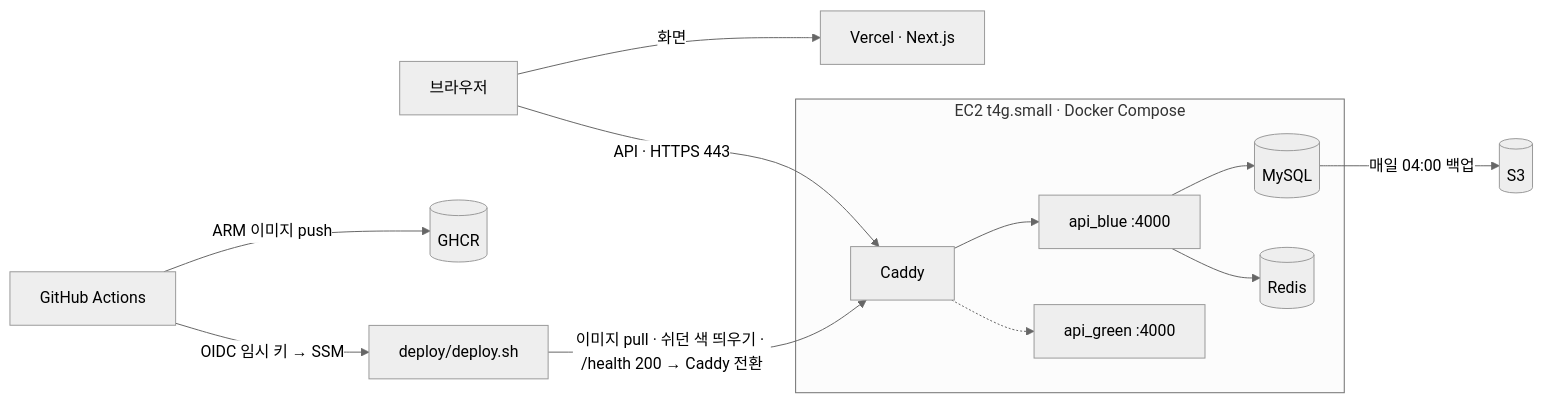
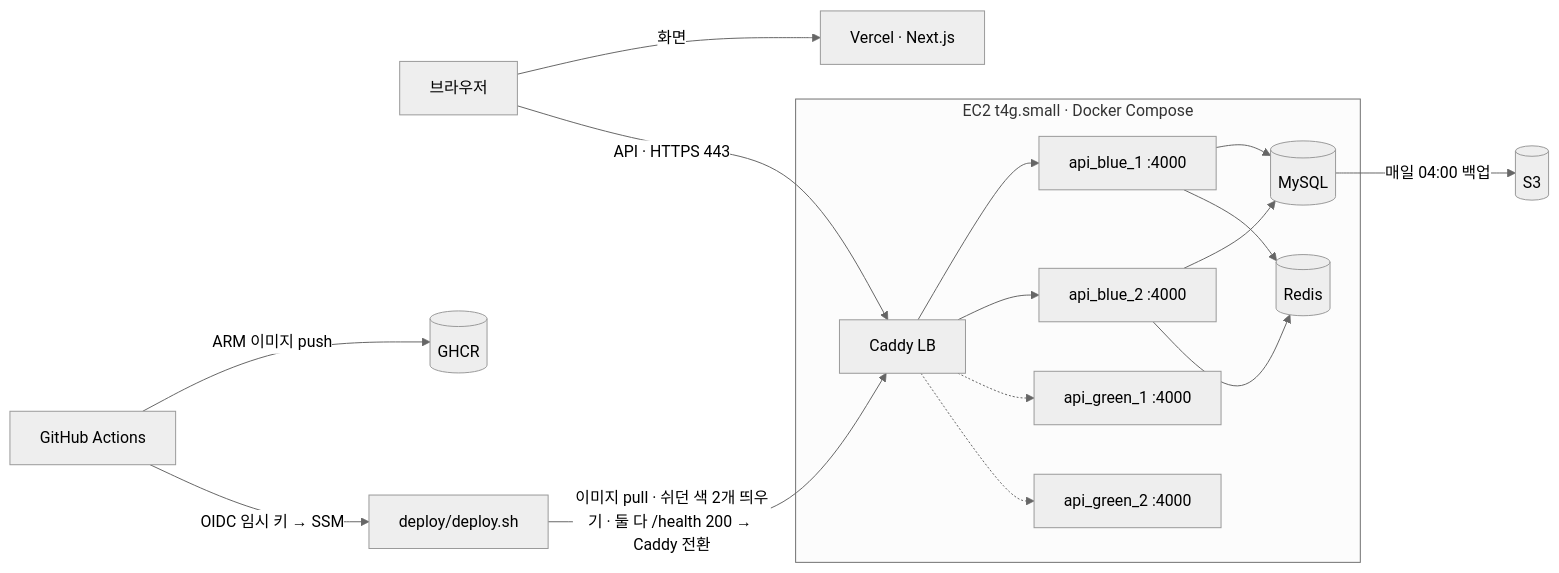
The diagram in README.md (POcodingWER/backend-visualized), drawn with Mermaid (neutral theme) before and after one commit. The commit also changed other lines of this file and 13 other files, not shown here.

````diff
--- a/README.md
+++ b/README.md
@@ -36,15 +37,19 @@
 ```mermaid
 flowchart LR
   B[브라우저] -->|화면| V[Vercel · Next.js]
   B -->|API · HTTPS 443| C
   subgraph EC2[EC2 t4g.small · Docker Compose]
-    C[Caddy] --> AB[api_blue :4000]
-    C -.-> AG[api_green :4000]
-    AB --> M[(MySQL)]
-    AB --> R[(Redis)]
+    C[Caddy LB] --> AB1[api_blue_1 :4000]
+    C --> AB2[api_blue_2 :4000]
+    C -.-> AG1[api_green_1 :4000]
+    C -.-> AG2[api_green_2 :4000]
+    AB1 --> M[(MySQL)]
+    AB1 --> R[(Redis)]
+    AB2 --> M
+    AB2 --> R
   end
   GH[GitHub Actions] -->|ARM 이미지 push| GHCR[(GHCR)]
   GH -->|OIDC 임시 키 → SSM| D[deploy/deploy.sh]
-  D -->|이미지 pull · 쉬던 색 띄우기 · /health 200 → Caddy 전환| C
+  D -->|이미지 pull · 쉬던 색 2개 띄우기 · 둘 다 /health 200 → Caddy 전환| C
   M -->|매일 04:00 백업| S3[(S3)]
 ```
````
